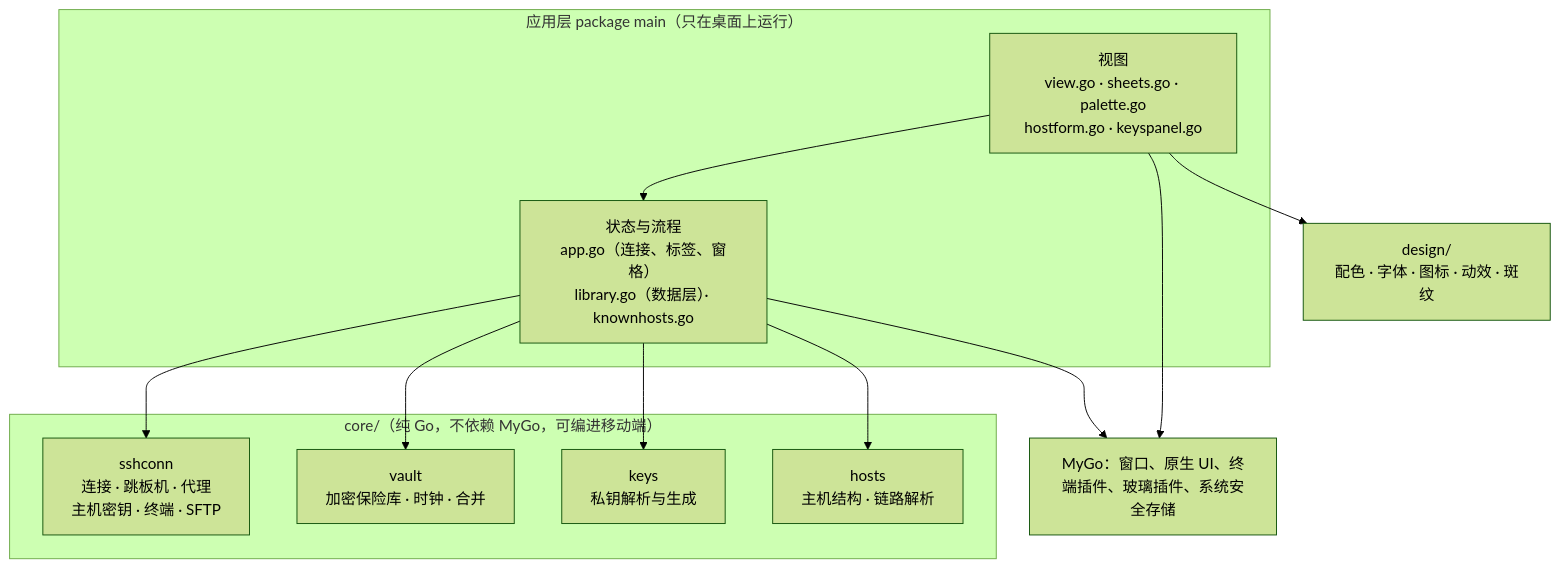
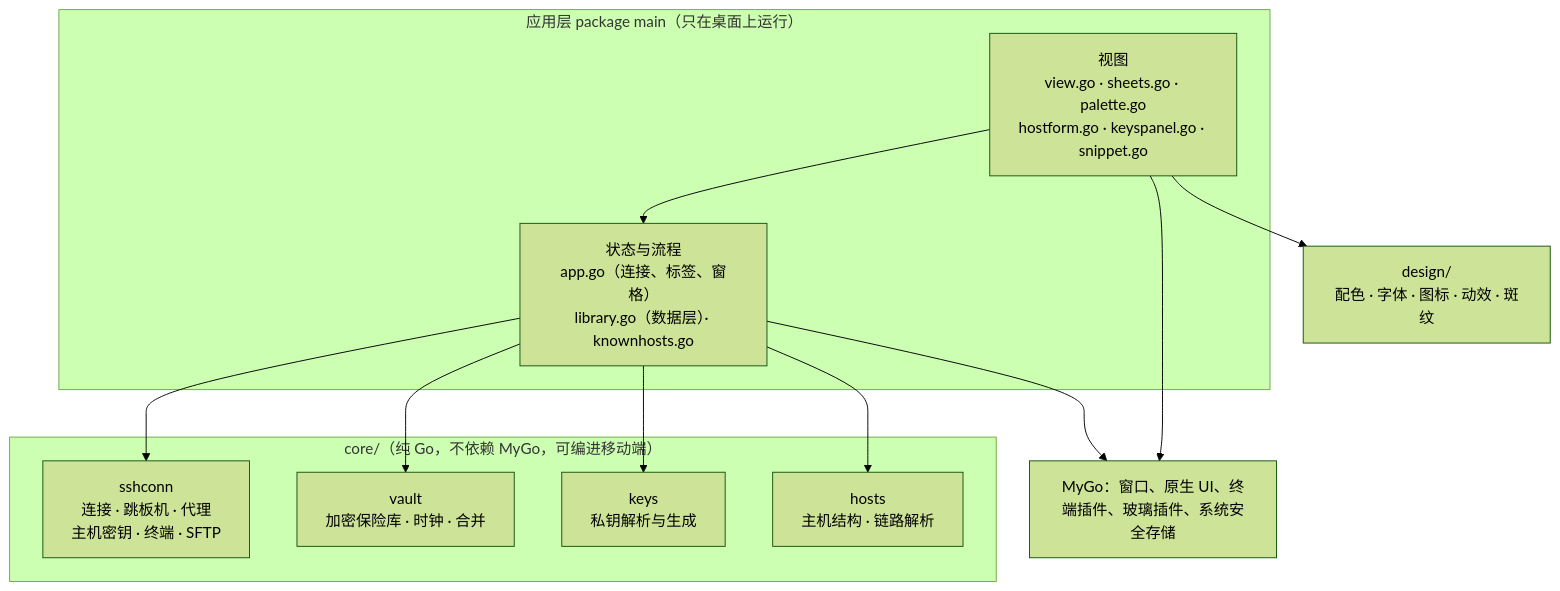
The first of 2 diagrams in docs/architecture.md (jhzhang09/serval), drawn with Mermaid (forest theme) before and after one commit. The commit also changed other lines of this file and 10 other files, not shown here.

````diff
--- a/docs/architecture.md
+++ b/docs/architecture.md
@@ -7,20 +7,20 @@
 ```mermaid
 flowchart TB
     subgraph app["应用层 package main（只在桌面上运行）"]
-        view["视图<br/>view.go · sheets.go · palette.go<br/>hostform.go · keyspanel.go"]
+        view["视图<br/>view.go · sheets.go · palette.go<br/>hostform.go · keyspanel.go · snippet.go"]
         state["状态与流程<br/>app.go（连接、标签、窗格）<br/>library.go（数据层）· knownhosts.go"]
     end
     design["design/<br/>配色 · 字体 · 图标 · 动效 · 斑纹"]
     subgraph core["core/（纯 Go，不依赖 MyGo，可编进移动端）"]
         sshconn["sshconn<br/>连接 · 跳板机 · 代理<br/>主机密钥 · 终端 · SFTP"]
         vault["vault<br/>加密保险库 · 时钟 · 合并"]
         keys["keys<br/>私钥解析与生成"]
         hosts["hosts<br/>主机结构 · 链路解析"]
     end
     mygo["MyGo：窗口、原生 UI、终端插件、玻璃插件、系统安全存储"]
     view --> state
     view --> design
     state --> sshconn & vault & keys & hosts
     view --> mygo
     state --> mygo
 ```
````
